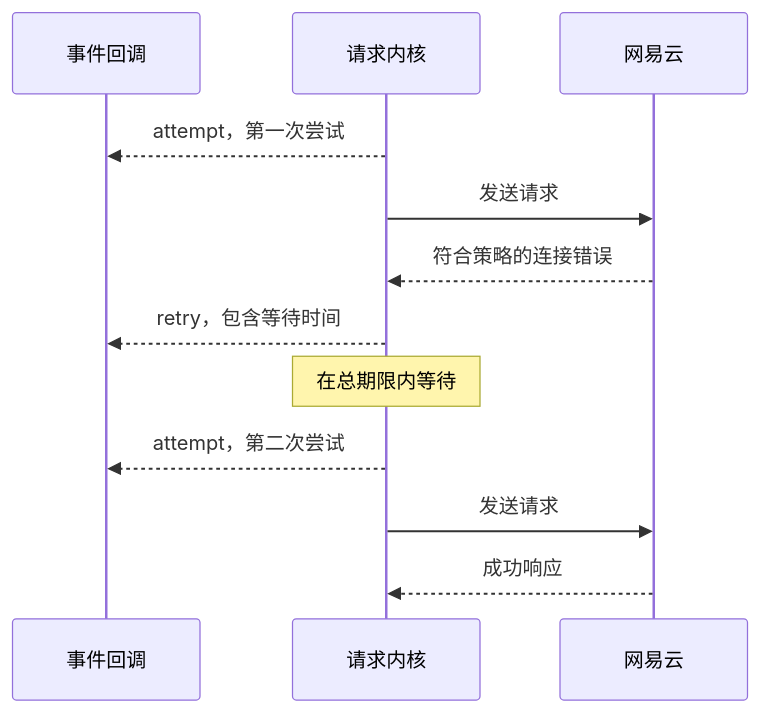
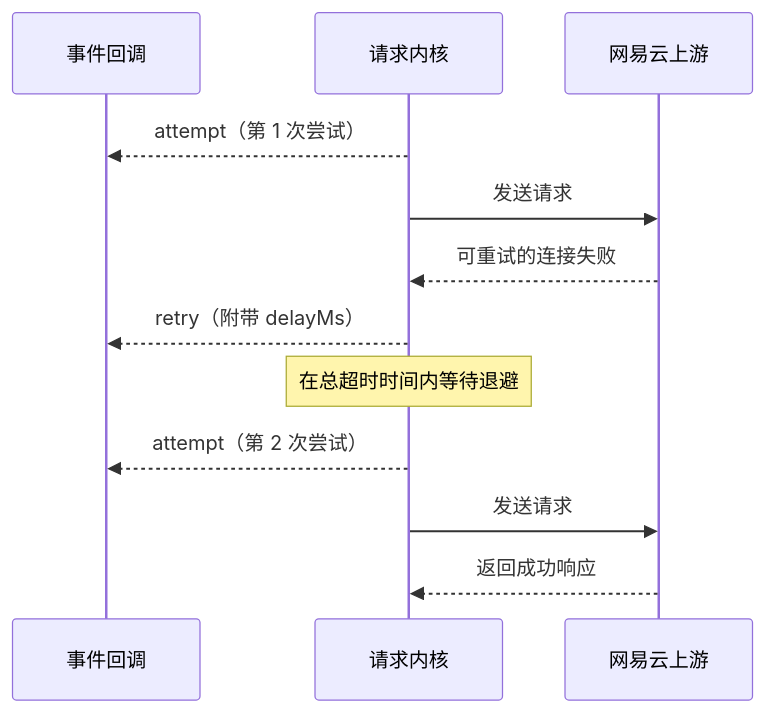
One commit to nonhana/hana-music-api changed the diagram in website/guide/observability.md. Above: the diagram before and after it, drawn with Mermaid. The commit also changed other lines of this file and 399 other files, not shown here.

````diff
--- a/website/guide/observability.md
+++ b/website/guide/observability.md
@@ -36,14 +37,14 @@
 ```mermaid
 sequenceDiagram
   participant App as 事件回调
   participant Core as 请求内核
-  participant Upstream as 网易云
-  Core-->>App: attempt，第一次尝试
+  participant Upstream as 网易云上游
+  Core-->>App: attempt（第 1 次尝试）
   Core->>Upstream: 发送请求
-  Upstream-->>Core: 符合策略的连接错误
-  Core-->>App: retry，包含等待时间
-  Note over Core: 在总期限内等待
-  Core-->>App: attempt，第二次尝试
+  Upstream-->>Core: 可重试的连接失败
+  Core-->>App: retry（附带 delayMs）
+  Note over Core: 在总超时时间内等待退避
+  Core-->>App: attempt（第 2 次尝试）
   Core->>Upstream: 发送请求
-  Upstream-->>Core: 成功响应
+  Upstream-->>Core: 返回成功响应
 ```
````
